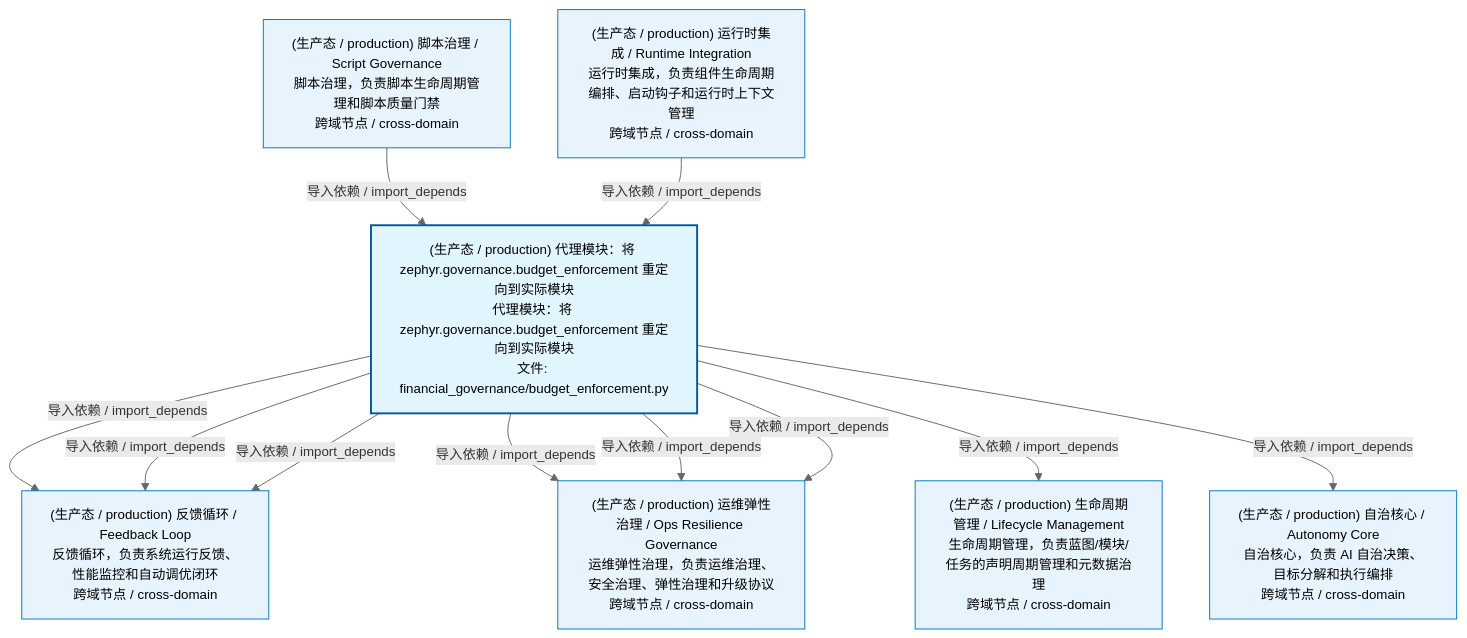
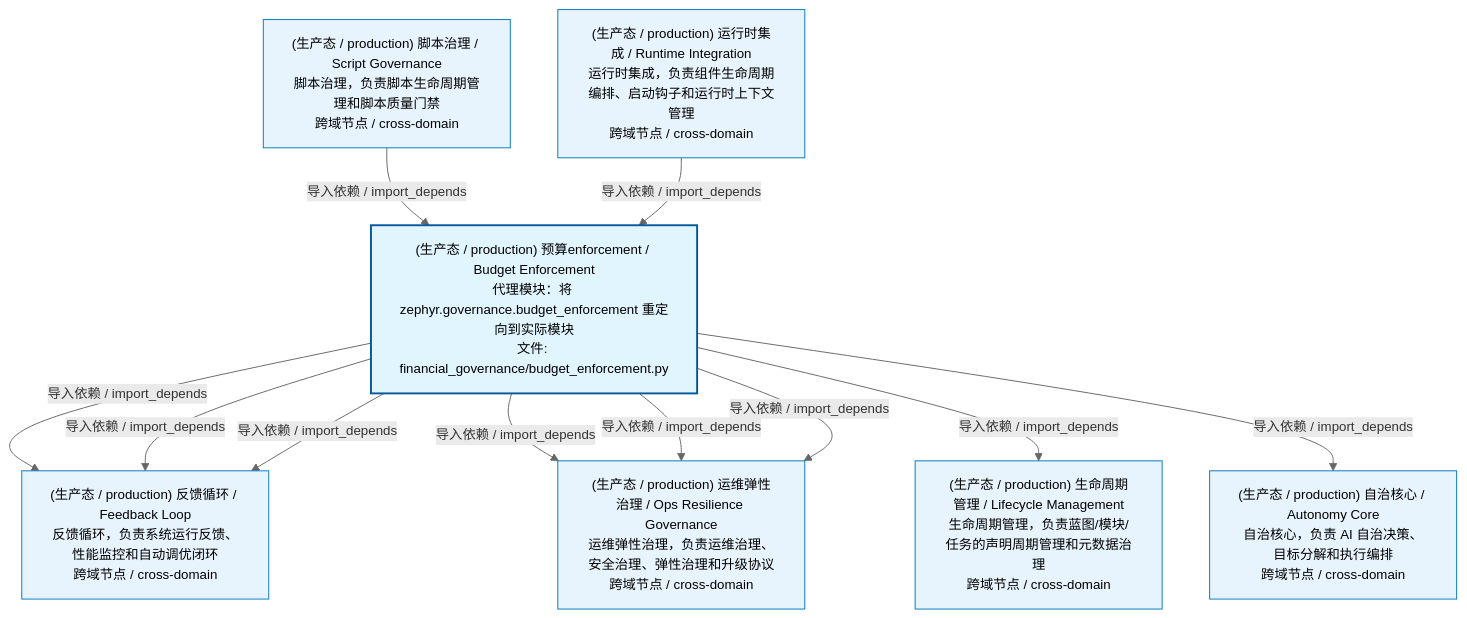
Before and after one commit to xuanFelixVan/ZephyrAlpha: the first of 2 diagrams in docs/02_enterprise_architecture/02_domain_architecture_docs/54_d_gov_repair.md, drawn with Mermaid. The commit also changed other lines of this file and 49 other files, not shown here.

````diff
--- a/docs/02_enterprise_architecture/02_domain_architecture_docs/54_d_gov_repair.md
+++ b/docs/02_enterprise_architecture/02_domain_architecture_docs/54_d_gov_repair.md
@@ -53,27 +53,27 @@
 ```mermaid
 %%{init: {'theme': 'base', 'themeVariables': {'primaryColor': '#eaeaea', 'primaryTextColor': '#333333', 'primaryBorderColor': '#666666', 'lineColor': '#666666', 'secondaryColor': '#eaeaea', 'tertiaryColor': '#eaeaea', 'fontSize': '14px'}}}%%
 flowchart TD
-    src_zephyr_governance_financial_governance_budget_enforcement_py["(生产态 / production) 代理模块：将 zephyr.governance.budget_enforcement 重定向到实际模块<br/>代理模块：将 zephyr.governance.budget_enforcement 重定向到实际模块<br/>文件: financial_governance/budget_enforcement.py"]
+    src_zephyr_governance_financial_governance_budget_enforcement_py["(生产态 / production) 预算enforcement / Budget Enforcement<br/>代理模块：将 zephyr.governance.budget_enforcement 重定向到实际模块<br/>文件: financial_governance/budget_enforcement.py"]
     D_OPS["(生产态 / production) 反馈循环 / Feedback Loop<br/>反馈循环，负责系统运行反馈、性能监控和自动调优闭环<br/>跨域节点 / cross-domain"]
     src_zephyr_governance_financial_governance_budget_enforcement_py -->|导入依赖 / import_depends| D_OPS
     D_GOV_OPS_RESILIENCE["(生产态 / production) 运维弹性治理 / Ops Resilience Governance<br/>运维弹性治理，负责运维治理、安全治理、弹性治理和升级协议<br/>跨域节点 / cross-domain"]
     src_zephyr_governance_financial_governance_budget_enforcement_py -->|导入依赖 / import_depends| D_GOV_OPS_RESILIENCE
     D_GOVERNANCE["(生产态 / production) 生命周期管理 / Lifecycle Management<br/>生命周期管理，负责蓝图/模块/任务的声明周期管理和元数据治理<br/>跨域节点 / cross-domain"]
     src_zephyr_governance_financial_governance_budget_enforcement_py -->|导入依赖 / import_depends| D_GOVERNANCE
     src_zephyr_governance_financial_governance_budget_enforcement_py -->|导入依赖 / import_depends| D_GOV_OPS_RESILIENCE
     src_zephyr_governance_financial_governance_budget_enforcement_py -->|导入依赖 / import_depends| D_OPS
     D_AUTONOMY_CORE["(生产态 / production) 自治核心 / Autonomy Core<br/>自治核心，负责 AI 自治决策、目标分解和执行编排<br/>跨域节点 / cross-domain"]
     src_zephyr_governance_financial_governance_budget_enforcement_py -->|导入依赖 / import_depends| D_AUTONOMY_CORE
     src_zephyr_governance_financial_governance_budget_enforcement_py -->|导入依赖 / import_depends| D_OPS
     src_zephyr_governance_financial_governance_budget_enforcement_py -->|导入依赖 / import_depends| D_GOV_OPS_RESILIENCE
     D_GOV_SCRIPTS["(生产态 / production) 脚本治理 / Script Governance<br/>脚本治理，负责脚本生命周期管理和脚本质量门禁<br/>跨域节点 / cross-domain"]
     D_GOV_SCRIPTS -->|导入依赖 / import_depends| src_zephyr_governance_financial_governance_budget_enforcement_py
     D_INFRA_RUNTIME["(生产态 / production) 运行时集成 / Runtime Integration<br/>运行时集成，负责组件生命周期编排、启动钩子和运行时上下文管理<br/>跨域节点 / cross-domain"]
     D_INFRA_RUNTIME -->|导入依赖 / import_depends| src_zephyr_governance_financial_governance_budget_enforcement_py
     classDef production fill:#e1f5fe,stroke:#01579b,stroke-width:2px,color:#000
     classDef design fill:#fff3e0,stroke:#e65100,stroke-width:2px,color:#000,stroke-dasharray: 5 5
     classDef external_prod fill:#e8f4fd,stroke:#0277bd,stroke-width:1px,color:#000
     classDef external_design fill:#fff8e7,stroke:#ef6c00,stroke-width:1px,color:#000,stroke-dasharray: 5 5
     class src_zephyr_governance_financial_governance_budget_enforcement_py production
     class D_OPS,D_GOV_OPS_RESILIENCE,D_GOVERNANCE,D_AUTONOMY_CORE,D_GOV_SCRIPTS,D_INFRA_RUNTIME external_prod
 ```
````
